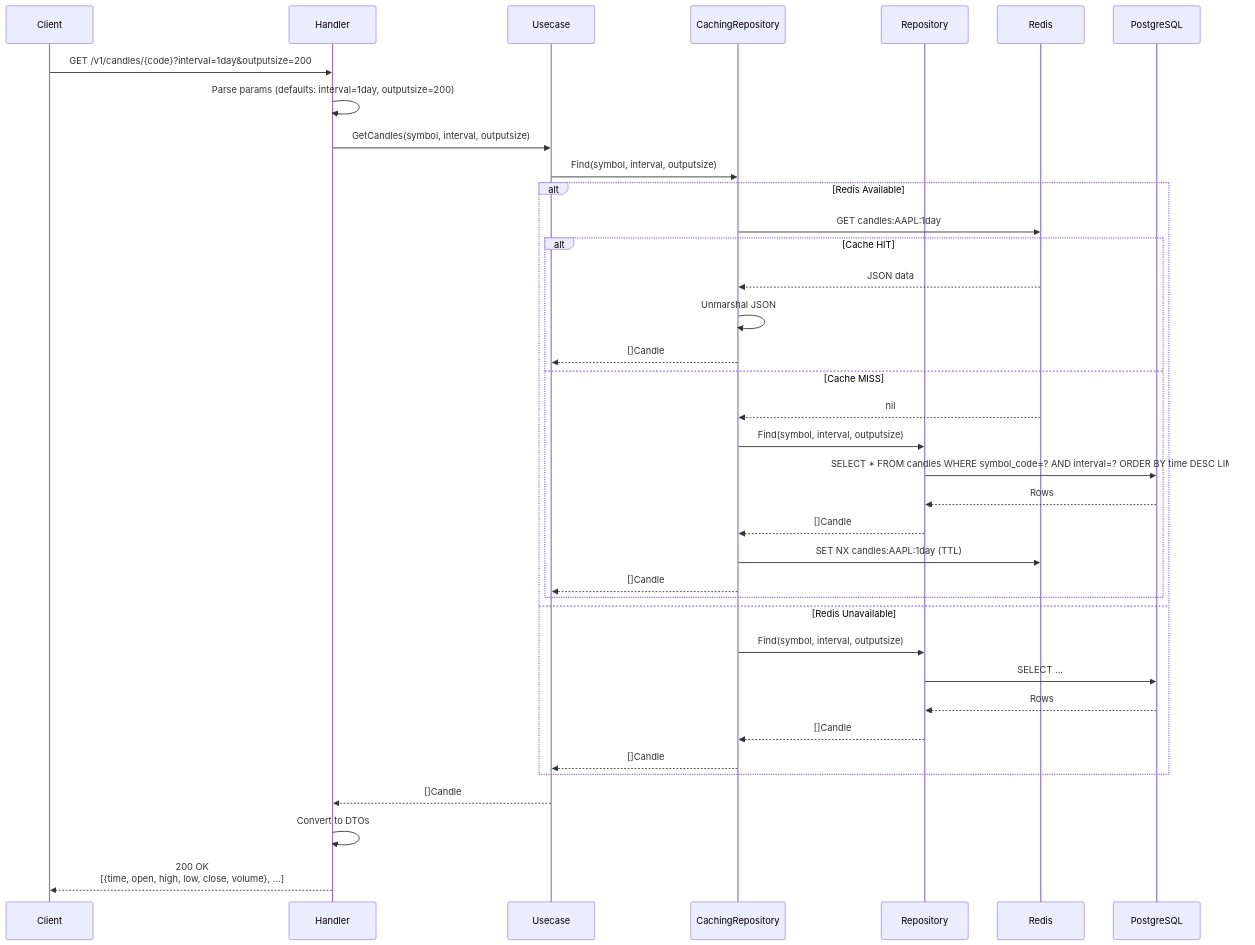
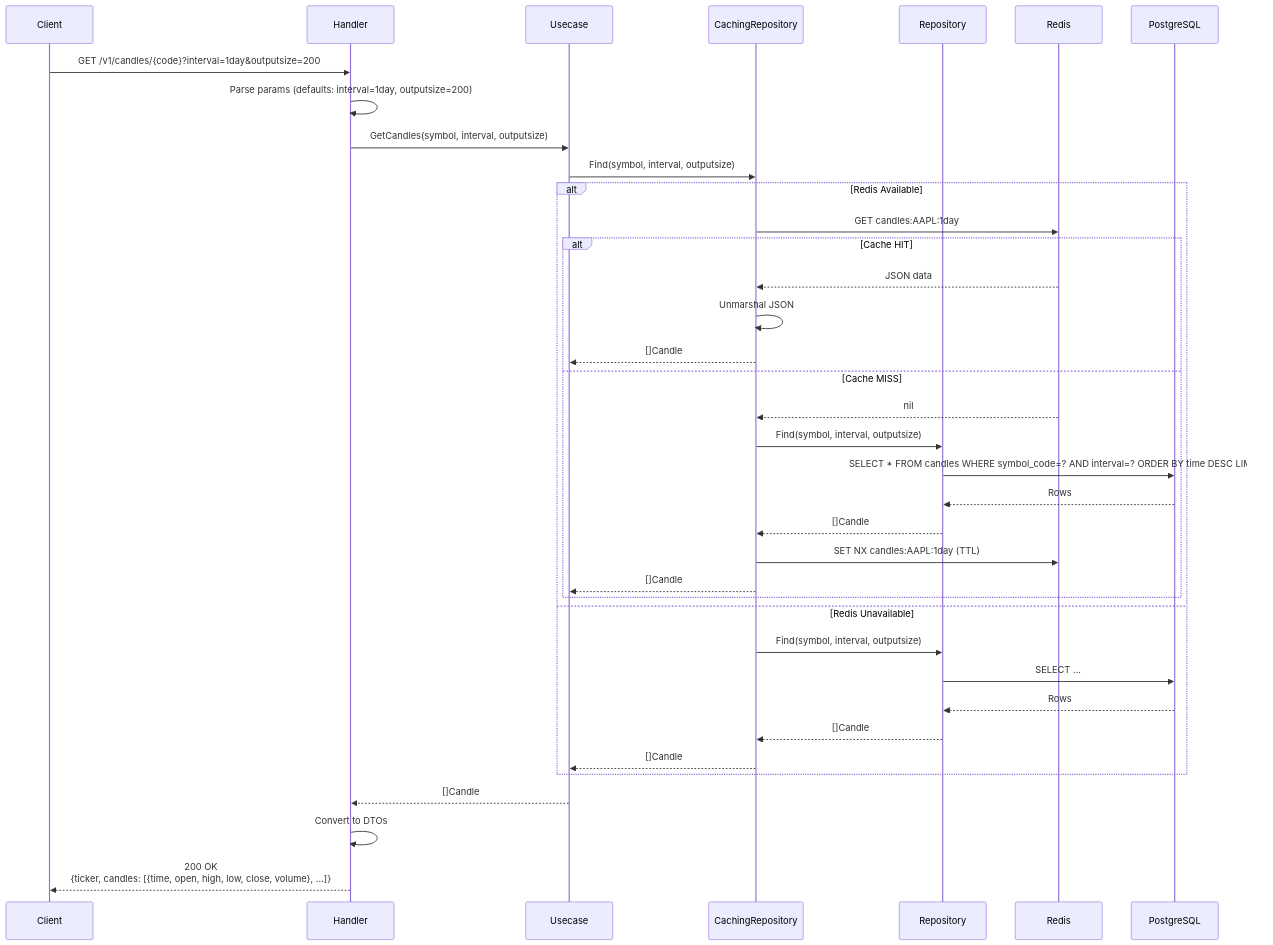
One commit to UCHIDAnobuhiro/stock-backend changed the first of 3 diagrams in docs/features/candles.md. Above: the diagram before and after it, drawn with Mermaid. The commit also changed other lines of this file and 4 other files, not shown here.

````diff
--- a/docs/features/candles.md
+++ b/docs/features/candles.md
@@ -20,42 +20,42 @@
 ```mermaid
 sequenceDiagram
     participant Client
     participant Handler as Handler
     participant Usecase as Usecase
     participant Cache as CachingRepository
     participant Repository as Repository
     participant Redis
     participant DB as PostgreSQL
 
     Client->>Handler: GET /v1/candles/{code}?interval=1day&outputsize=200
     Handler->>Handler: Parse params (defaults: interval=1day, outputsize=200)
     Handler->>Usecase: GetCandles(symbol, interval, outputsize)
     Usecase->>Cache: Find(symbol, interval, outputsize)
 
     alt Redis Available
         Cache->>Redis: GET candles:AAPL:1day
         alt Cache HIT
             Redis-->>Cache: JSON data
             Cache->>Cache: Unmarshal JSON
             Cache-->>Usecase: []Candle
         else Cache MISS
             Redis-->>Cache: nil
             Cache->>Repository: Find(symbol, interval, outputsize)
             Repository->>DB: SELECT * FROM candles WHERE symbol_code=? AND interval=? ORDER BY time DESC LIMIT ?
             DB-->>Repository: Rows
             Repository-->>Cache: []Candle
             Cache->>Redis: SET NX candles:AAPL:1day (TTL)
             Cache-->>Usecase: []Candle
         end
     else Redis Unavailable
         Cache->>Repository: Find(symbol, interval, outputsize)
         Repository->>DB: SELECT ...
         DB-->>Repository: Rows
         Repository-->>Cache: []Candle
         Cache-->>Usecase: []Candle
     end
 
     Usecase-->>Handler: []Candle
     Handler->>Handler: Convert to DTOs
-    Handler-->>Client: 200 OK<br/>[{time, open, high, low, close, volume}, ...]
+    Handler-->>Client: 200 OK<br/>{ticker, candles: [{time, open, high, low, close, volume}, ...]}
 ```
````
